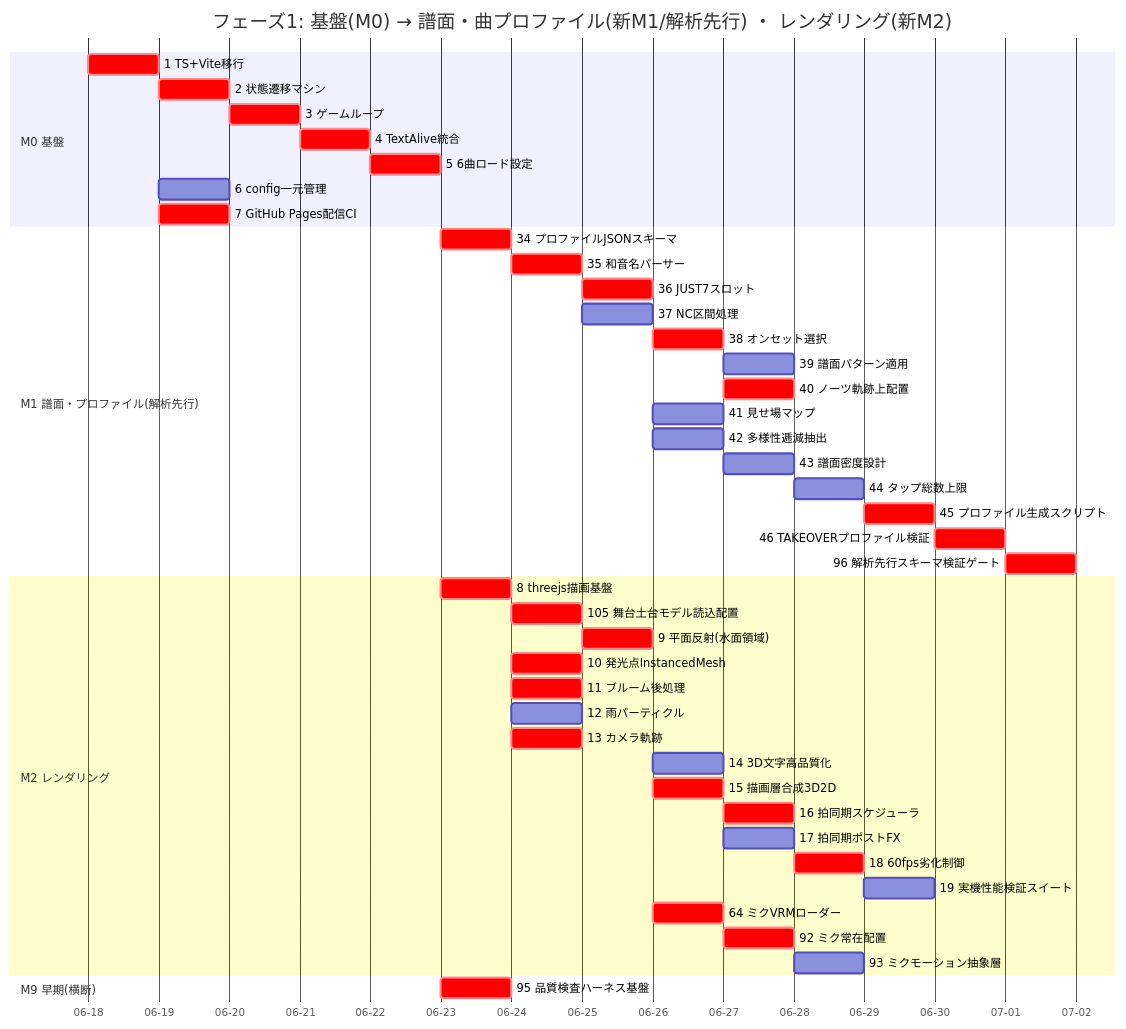
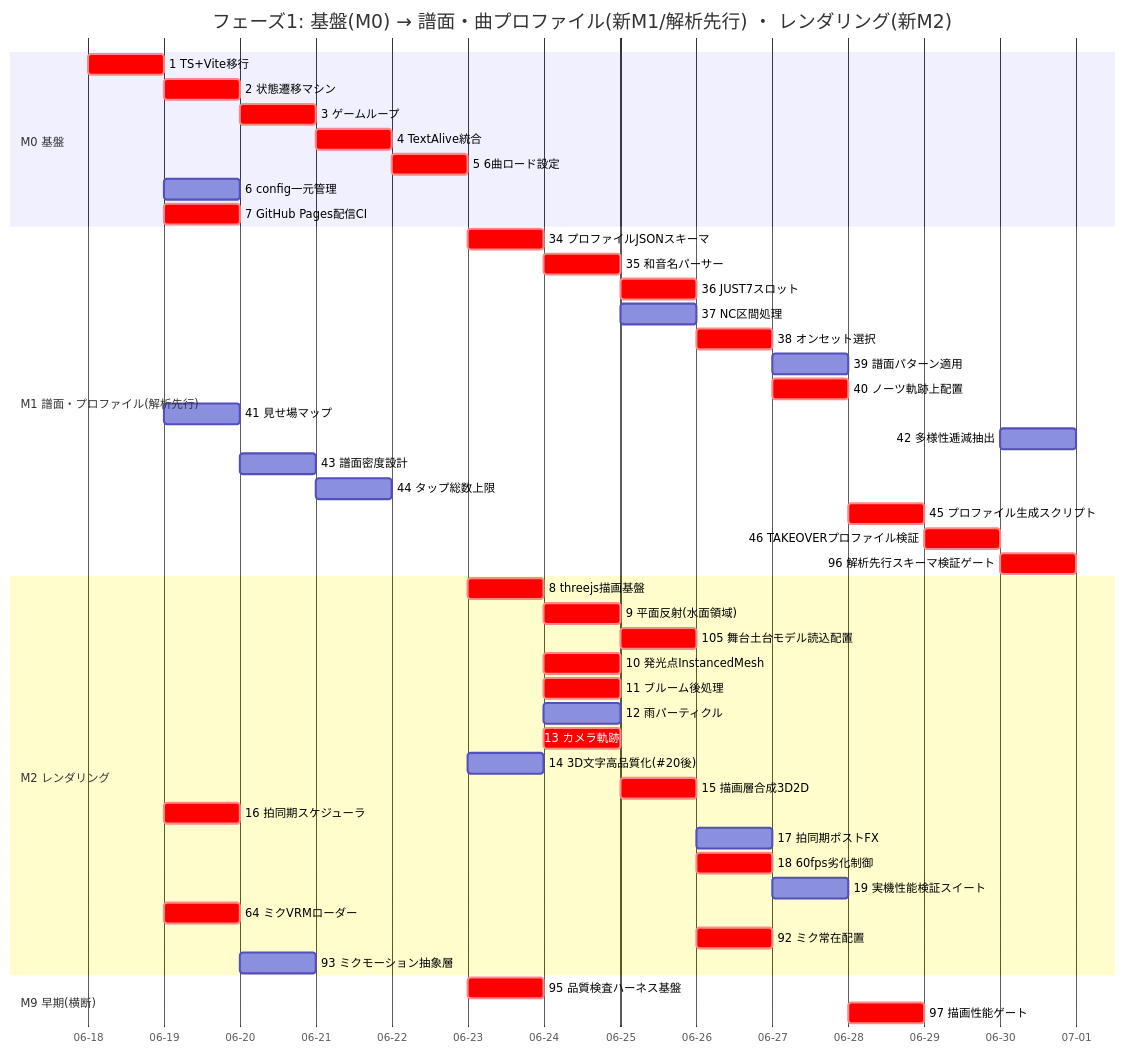
The second of 4 diagrams in docs/dev-roadmap-gantt.md (KaitoShioya/magical-mirai-2026-procon), drawn with Mermaid before and after one commit. The commit also changed other lines of this file and 8 other files, not shown here.

First line of the commit message:
docs(roadmap): Issue依存の波層推移図を新規作成しガントを整合

````diff
--- a/docs/dev-roadmap-gantt.md
+++ b/docs/dev-roadmap-gantt.md
@@ -68,48 +74,49 @@
 ```mermaid
 gantt
   title フェーズ1: 基盤(M0) → 譜面・曲プロファイル(新M1/解析先行) ・ レンダリング(新M2)
   dateFormat YYYY-MM-DD
   axisFormat %m-%d
   section M0 基盤
     1 TS+Vite移行          :crit, i1, 2026-06-18, 1d
     2 状態遷移マシン        :crit, i2, after i1, 1d
     3 ゲームループ          :crit, i3, after i2, 1d
     4 TextAlive統合         :crit, i4, after i3, 1d
     5 6曲ロード設定         :crit, i5, after i4, 1d
     6 config一元管理        :i6, after i1, 1d
     7 GitHub Pages配信CI    :crit, i7, after i1, 1d
   section M1 譜面・プロファイル(解析先行)
     34 プロファイルJSONスキーマ :crit, i34, after i5, 1d
     35 和音名パーサー         :crit, i35, after i34, 1d
     36 JUST7スロット          :crit, i36, after i35, 1d
     37 NC区間処理            :i37, after i35, 1d
     38 オンセット選択         :crit, i38, after i36, 1d
     39 譜面パターン適用        :i39, after i38, 1d
-    40 ノーツ軌跡上配置        :crit, i40, after i38, 1d
-    41 見せ場マップ           :i41, after i36, 1d
-    42 多様性逓減抽出         :i42, after i36, 1d
+    40 ノーツ軌跡上配置        :crit, i40, after i38 i13, 1d
+    41 見せ場マップ           :i41, 2026-06-19, 1d
+    42 多様性逓減抽出         :i42, after i46, 1d
     43 譜面密度設計           :i43, after i41, 1d
     44 タップ総数上限         :i44, after i43, 1d
     45 プロファイル生成スクリプト :crit, i45, after i40 i41 i43 i44, 1d
     46 TAKEOVERプロファイル検証 :crit, i46, after i45, 1d
     96 解析先行スキーマ検証ゲート :crit, i96, after i46, 1d
   section M2 レンダリング
     8 threejs描画基盤        :crit, i8, after i5, 1d
-    105 舞台土台モデル読込配置 :crit, i105, after i8, 1d
-    9 平面反射(水面領域)      :crit, i9, after i105, 1d
+    9 平面反射(水面領域)      :crit, i9, after i8, 1d
+    105 舞台土台モデル読込配置 :crit, i105, after i8 i9, 1d
     10 発光点InstancedMesh   :crit, i10, after i8, 1d
     11 ブルーム後処理         :crit, i11, after i8, 1d
     12 雨パーティクル         :i12, after i8, 1d
     13 カメラ軌跡            :crit, i13, after i8, 1d
-    14 3D文字高品質化         :i14, after i9, 1d
+    14 3D文字高品質化(#20後)  :i14, 2026-06-23, 1d
     15 描画層合成3D2D         :crit, i15, after i9 i10 i11, 1d
-    16 拍同期スケジューラ      :crit, i16, after i15, 1d
-    17 拍同期ポストFX         :i17, after i15, 1d
-    18 60fps劣化制御         :crit, i18, after i16, 1d
+    16 拍同期スケジューラ      :crit, i16, 2026-06-19, 1d
+    17 拍同期ポストFX         :i17, after i15 i16, 1d
+    18 60fps劣化制御         :crit, i18, after i15, 1d
     19 実機性能検証スイート    :i19, after i18, 1d
-    64 ミクVRMローダー        :crit, i64, after i9 i11, 1d
-    92 ミク常在配置          :crit, i92, after i64, 1d
-    93 ミクモーション抽象層    :i93, after i92, 1d
+    64 ミクVRMローダー        :crit, i64, 2026-06-19, 1d
+    92 ミク常在配置          :crit, i92, after i64 i105, 1d
+    93 ミクモーション抽象層    :i93, after i64, 1d
   section M9 早期(横断)
     95 品質検査ハーネス基盤    :crit, i95, after i5, 1d
+    97 描画性能ゲート         :crit, i97, after i18 i19 i92, 1d
 ```
````
